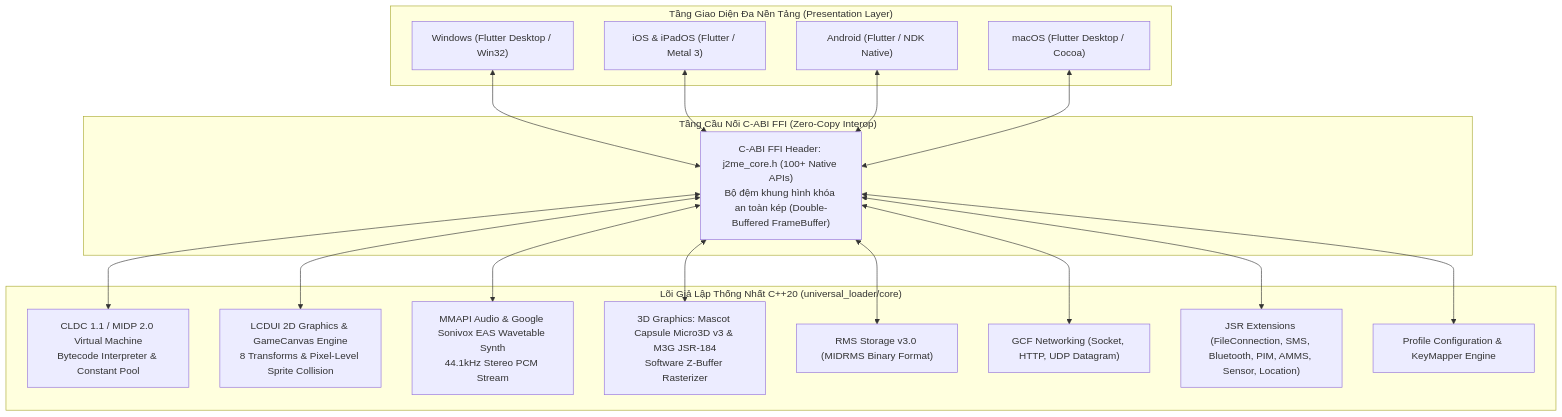
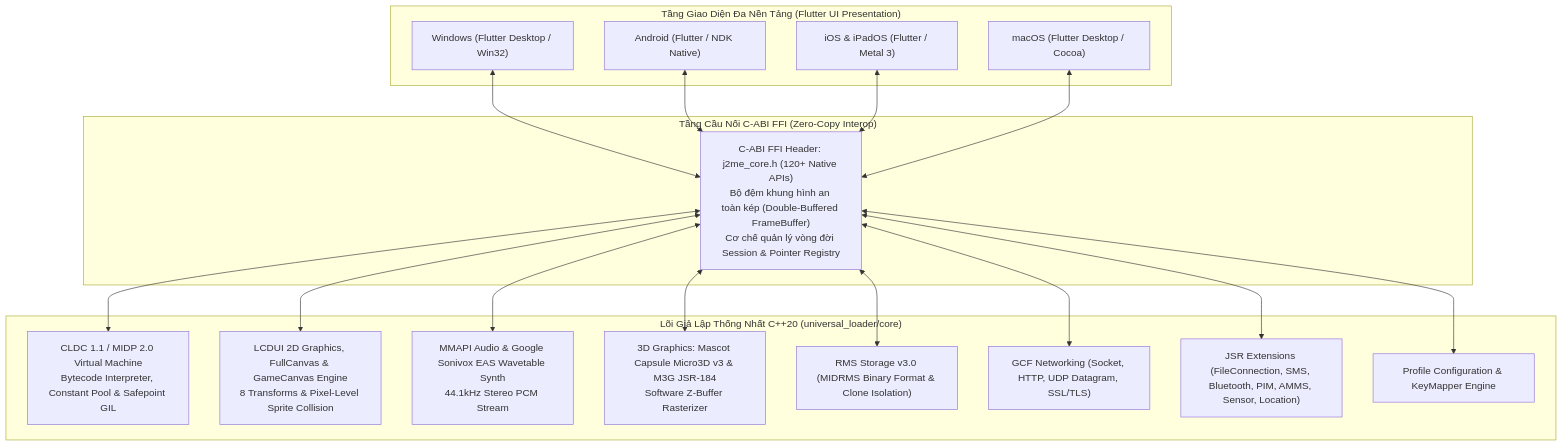
One commit to PhamTriHien/J2meloader_IOS_Projectt changed the diagram in README.md. Above: the diagram before and after it, drawn with Mermaid. The commit also changed other lines of this file and 120 other files, not shown here.

````diff
--- a/README.md
+++ b/README.md
@@ -26,38 +50,38 @@
 ```mermaid
 flowchart TD
-    subgraph UI_Layer ["Tầng Giao Diện Đa Nền Tảng (Presentation Layer)"]
+    subgraph UI_Layer ["Tầng Giao Diện Đa Nền Tảng (Flutter UI Presentation)"]
         UI_Win["Windows (Flutter Desktop / Win32)"]
+        UI_Android["Android (Flutter / NDK Native)"]
         UI_iOS["iOS & iPadOS (Flutter / Metal 3)"]
-        UI_Android["Android (Flutter / NDK Native)"]
         UI_macOS["macOS (Flutter Desktop / Cocoa)"]
     end
 
     subgraph Bridge_Layer ["Tầng Cầu Nối C-ABI FFI (Zero-Copy Interop)"]
-        Bridge["C-ABI FFI Header: j2me_core.h (100+ Native APIs)\nBộ đệm khung hình khóa an toàn kép (Double-Buffered FrameBuffer)"]
+        Bridge["C-ABI FFI Header: j2me_core.h (120+ Native APIs)\nBộ đệm khung hình an toàn kép (Double-Buffered FrameBuffer)\nCơ chế quản lý vòng đời Session & Pointer Registry"]
     end
 
     subgraph Core_Layer ["Lõi Giả Lập Thống Nhất C++20 (universal_loader/core)"]
-        VM["CLDC 1.1 / MIDP 2.0 Virtual Machine\nBytecode Interpreter & Constant Pool"]
-        LCDUI["LCDUI 2D Graphics & GameCanvas Engine\n8 Transforms & Pixel-Level Sprite Collision"]
+        VM["CLDC 1.1 / MIDP 2.0 Virtual Machine\nBytecode Interpreter, Constant Pool & Safepoint GIL"]
+        LCDUI["LCDUI 2D Graphics, FullCanvas & GameCanvas Engine\n8 Transforms & Pixel-Level Sprite Collision"]
         Audio["MMAPI Audio & Google Sonivox EAS Wavetable Synth\n44.1kHz Stereo PCM Stream"]
         G3D["3D Graphics: Mascot Capsule Micro3D v3 & M3G JSR-184\nSoftware Z-Buffer Rasterizer"]
-        RMS["RMS Storage v3.0 (MIDRMS Binary Format)"]
-        Net["GCF Networking (Socket, HTTP, UDP Datagram)"]
+        RMS["RMS Storage v3.0 (MIDRMS Binary Format & Clone Isolation)"]
+        Net["GCF Networking (Socket, HTTP, UDP Datagram, SSL/TLS)"]
         JSR["JSR Extensions (FileConnection, SMS, Bluetooth, PIM, AMMS, Sensor, Location)"]
         Config["Profile Configuration & KeyMapper Engine"]
     end
 
     UI_Win <--> Bridge
+    UI_Android <--> Bridge
     UI_iOS <--> Bridge
-    UI_Android <--> Bridge
     UI_macOS <--> Bridge
 
     Bridge <--> VM
     Bridge <--> LCDUI
     Bridge <--> Audio
     Bridge <--> G3D
     Bridge <--> RMS
     Bridge <--> Net
     Bridge <--> JSR
     Bridge <--> Config
 ```
````
